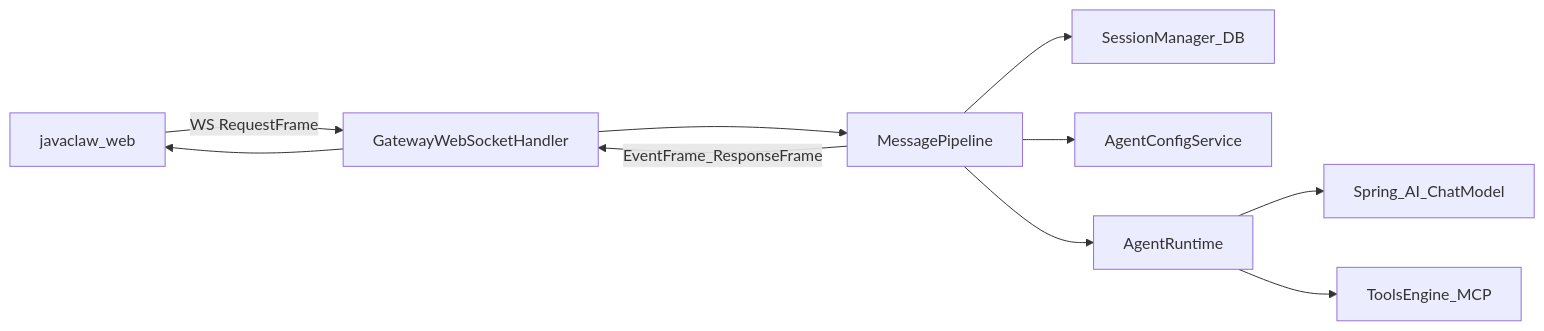
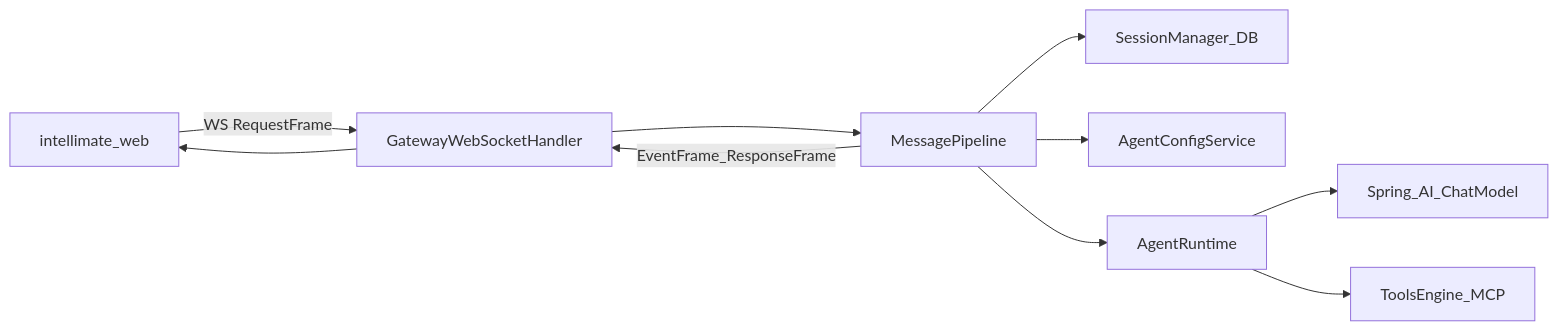
One commit to AutumnFruit-1999/IntelliMate changed the first of 2 diagrams in docs/architecture.md. Above: the diagram before and after it, drawn with Mermaid. The commit also changed other lines of this file and 610 other files, not shown here.

````diff
--- a/docs/architecture.md
+++ b/docs/architecture.md
@@ -17,12 +17,12 @@
 ```mermaid
 flowchart LR
-  Web[javaclaw_web] -->|WS RequestFrame| GW[GatewayWebSocketHandler]
+  Web[intellimate_web] -->|WS RequestFrame| GW[GatewayWebSocketHandler]
   GW --> Pipe[MessagePipeline]
   Pipe --> Sess[SessionManager_DB]
   Pipe --> CFG[AgentConfigService]
   Pipe --> RT[AgentRuntime]
   RT --> LLM[Spring_AI_ChatModel]
   RT --> Tools[ToolsEngine_MCP]
   Pipe -->|EventFrame_ResponseFrame| GW
   GW --> Web
 ```
````
